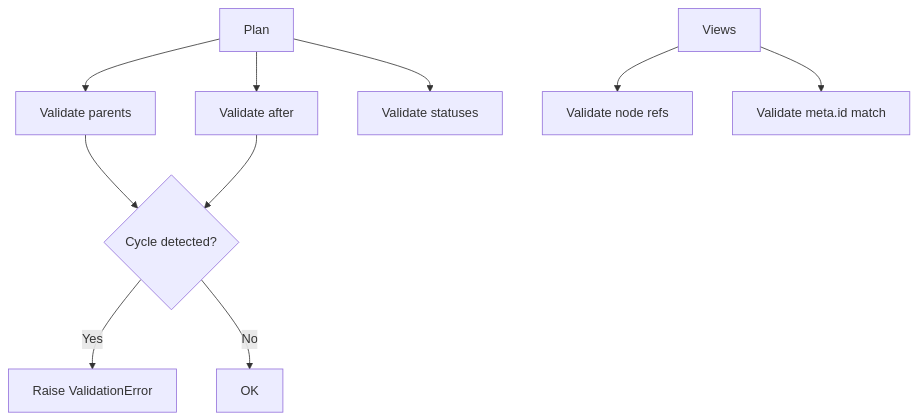
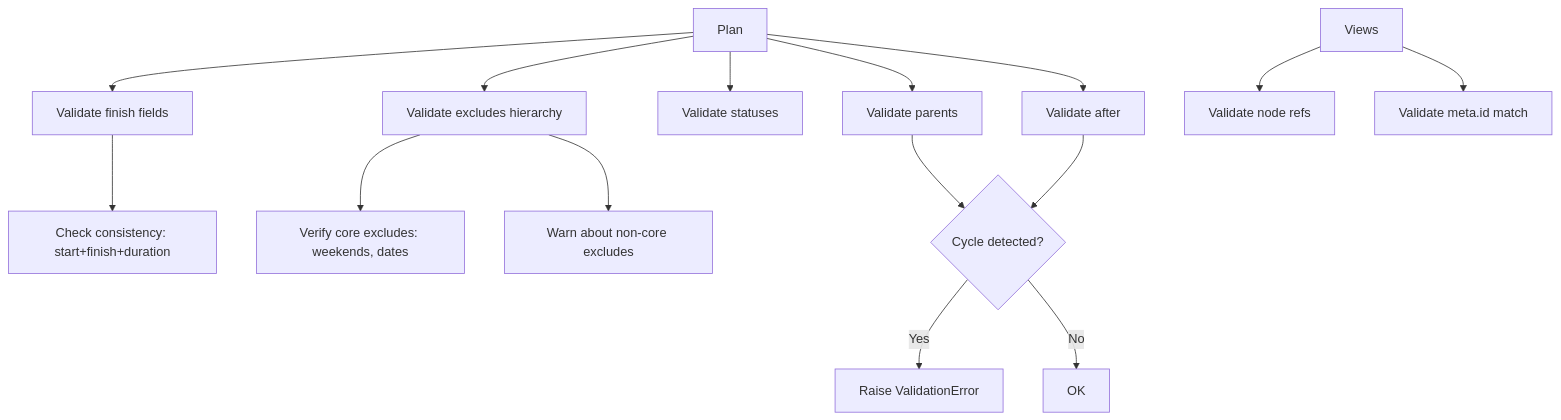
The ninth of 9 diagrams in .qoder/repowiki/en/content/Specification Reference/Data Models/Data Models.md (asukhodko/opskarta), drawn with Mermaid before and after one commit. The commit also changed other lines of this file and 7 other files, not shown here.

````diff
--- a/.qoder/repowiki/en/content/Specification Reference/Data Models/Data Models.md
+++ b/.qoder/repowiki/en/content/Specification Reference/Data Models/Data Models.md
@@ -418,12 +517,17 @@
 ```mermaid
 flowchart TD
 P["Plan"] --> VP["Validate parents"]
 P --> VA["Validate after"]
 P --> VS["Validate statuses"]
+P --> VF["Validate finish fields"]
+VF --> VC["Check consistency: start+finish+duration"]
+P --> VE["Validate excludes hierarchy"]
+VE --> VCE["Verify core excludes: weekends, dates"]
+VE --> VNE["Warn about non-core excludes"]
 VV["Views"] --> VN["Validate node refs"]
 VV --> VM["Validate meta.id match"]
 VP --> CYC{"Cycle detected?"}
 VA --> CYC
 CYC --> |Yes| ERR["Raise ValidationError"]
 CYC --> |No| OK["OK"]
 ```
````
